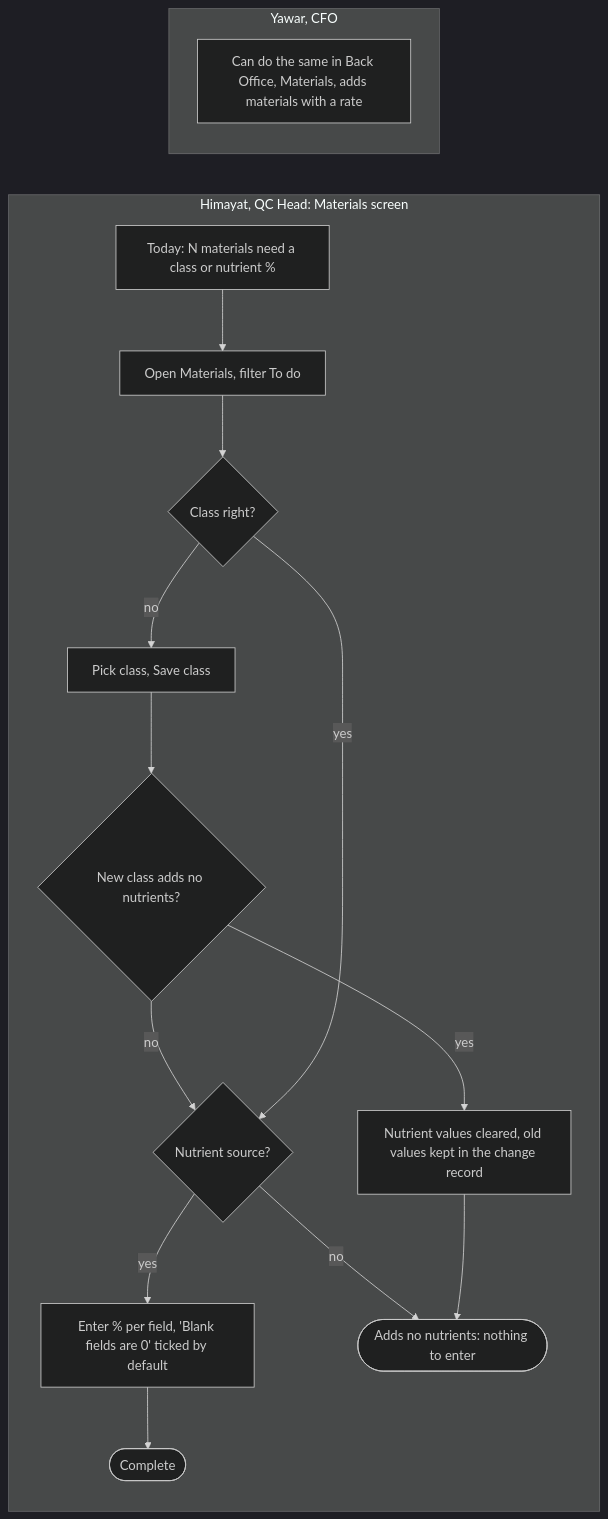
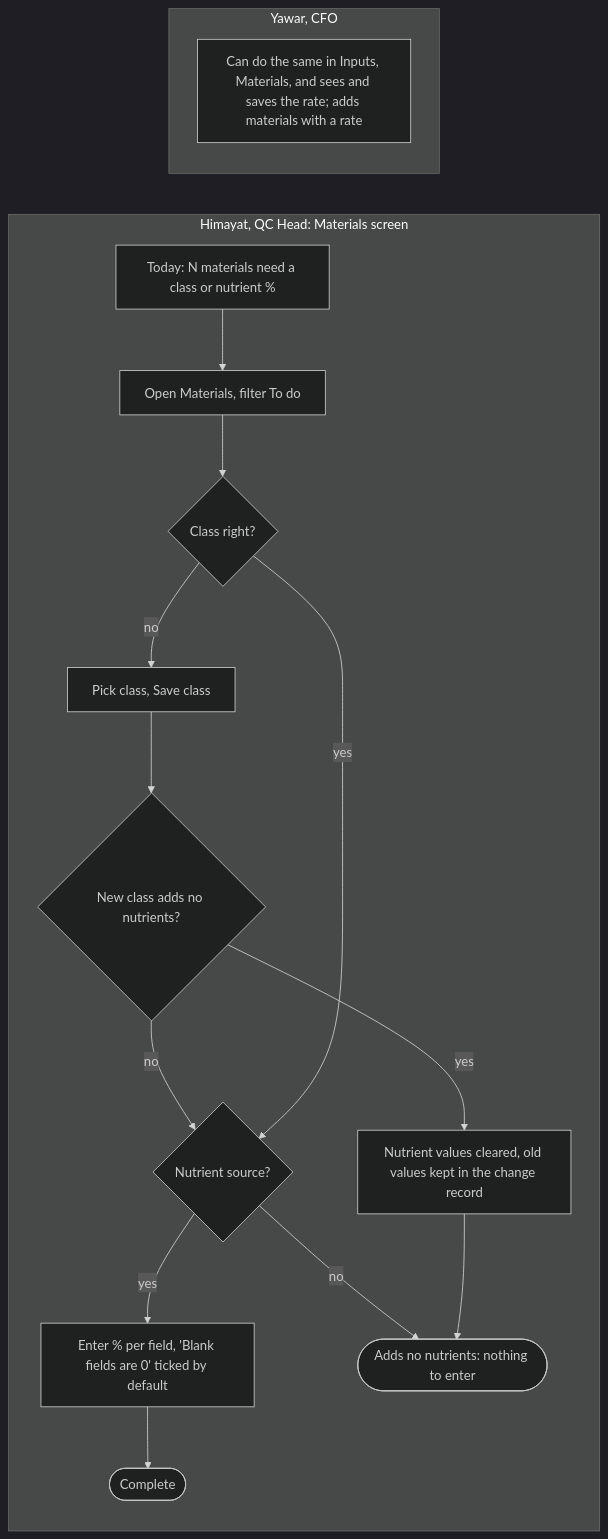
The fifth of 10 diagrams in apps/c2m/docs/01-process-flows.md (taabbas1947-eng/VAN-OP), drawn with Mermaid (dark theme) before and after one commit. The commit also changed other lines of this file and 13 other files, not shown here.

````diff
--- a/apps/c2m/docs/01-process-flows.md
+++ b/apps/c2m/docs/01-process-flows.md
@@ -133,18 +134,18 @@
 ```mermaid
 flowchart LR
   subgraph QC [Himayat, QC Head: Materials screen]
     A[Today: N materials need a class or nutrient %] --> B[Open Materials, filter To do]
     B --> C{Class right?}
     C -- no --> D[Pick class, Save class]
     D --> D2{New class adds no nutrients?}
     D2 -- yes --> D3[Nutrient values cleared, old values kept in the change record]
     D2 -- no --> E
     C -- yes --> E{Nutrient source?}
     E -- yes --> F[Enter % per field, 'Blank fields are 0' ticked by default] --> G([Complete])
     E -- no --> G2([Adds no nutrients: nothing to enter])
     D3 --> G2
   end
   subgraph CFO [Yawar, CFO]
-    Y[Can do the same in Back Office, Materials, adds materials with a rate]
+    Y[Can do the same in Inputs, Materials, and sees and saves the rate; adds materials with a rate]
   end
 ```
````
